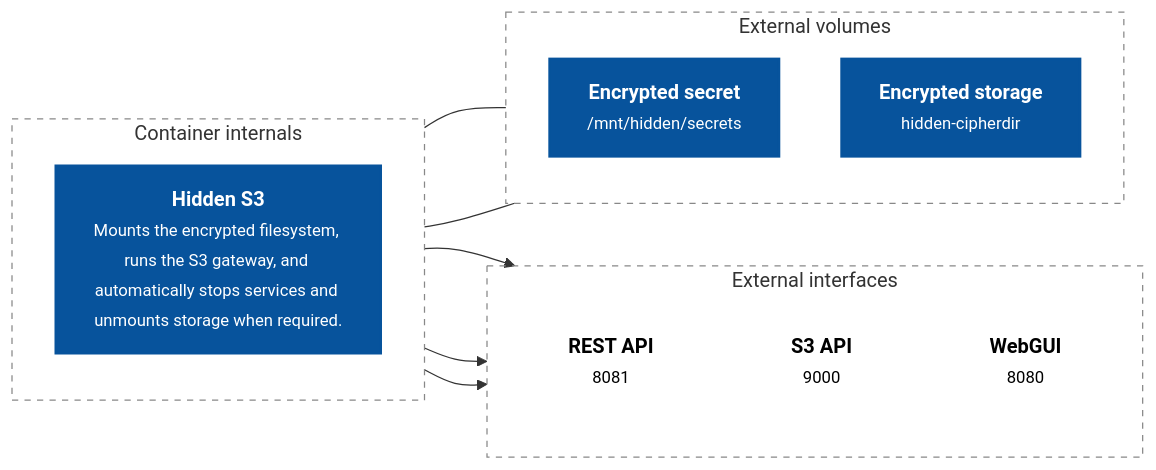
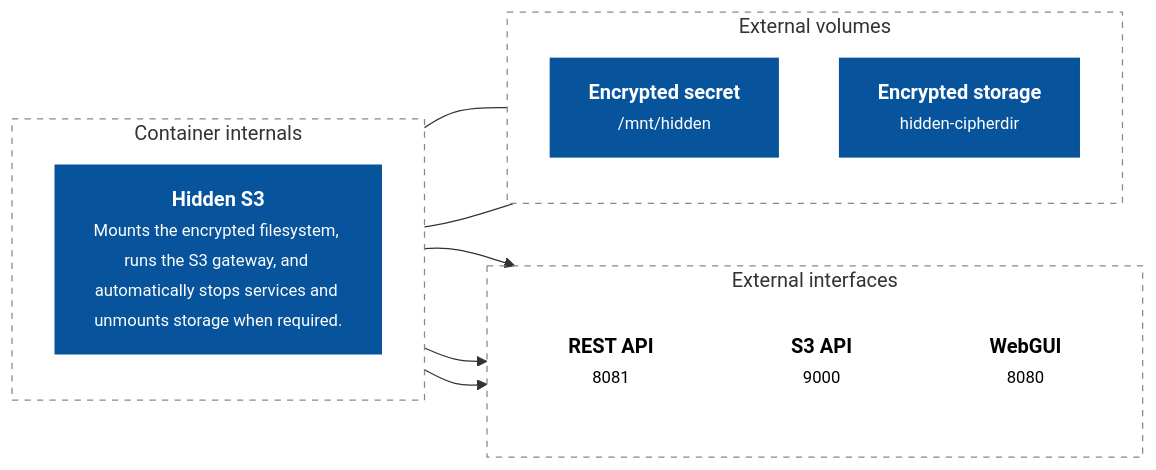
The diagram in README.md (artabramov/hidden), drawn with Mermaid before and after one commit.

Commit message:
Fixed Mermaid schema

````diff
--- a/README.md
+++ b/README.md
@@ -88,37 +88,37 @@
 ```mermaid
 flowchart LR
     subgraph EXT["External interfaces"]
         direction TB
         REST["<b>REST API</b><br/><small>8081</small>"]
         S3["<b>S3 API</b><br/><small>9000</small>"]
         GUI["<b>WebGUI</b><br/><small>8080</small>"]
     end
 
     subgraph INT["Container internals"]
         direction TB
         H["<b>Hidden S3</b><br/><small>Mounts the encrypted filesystem, runs the S3 gateway, and automatically stops services and unmounts storage when required.</small>"]
     end
 
     subgraph VOL["External volumes"]
         direction TB
-        SECRET["<b>Encrypted secret</b><br/><small>/mnt/hidden/secrets</small>"]
+        SECRET["<b>Encrypted secret</b><br/><small>/mnt/hidden</small>"]
         STORAGE["<b>Encrypted storage</b></br><small>hidden-cipherdir</small>"]
     end
 
     H --> REST
     H --> S3
     H --> GUI
 
     H --- SECRET
     H --- STORAGE
 
     classDef blue fill:#07539c,color:#fff,stroke:#07539c,stroke-width:2px;
     classDef interface fill:#fff,color:#000,stroke:none;
 
     class H,SECRET,STORAGE blue;
     class REST,S3,GUI interface;
 
     style EXT fill:none,stroke:#888,stroke-dasharray:5 5
     style INT fill:none,stroke:#888,stroke-dasharray:5 5
     style VOL fill:none,stroke:#888,stroke-dasharray:5 5
 ```
````
